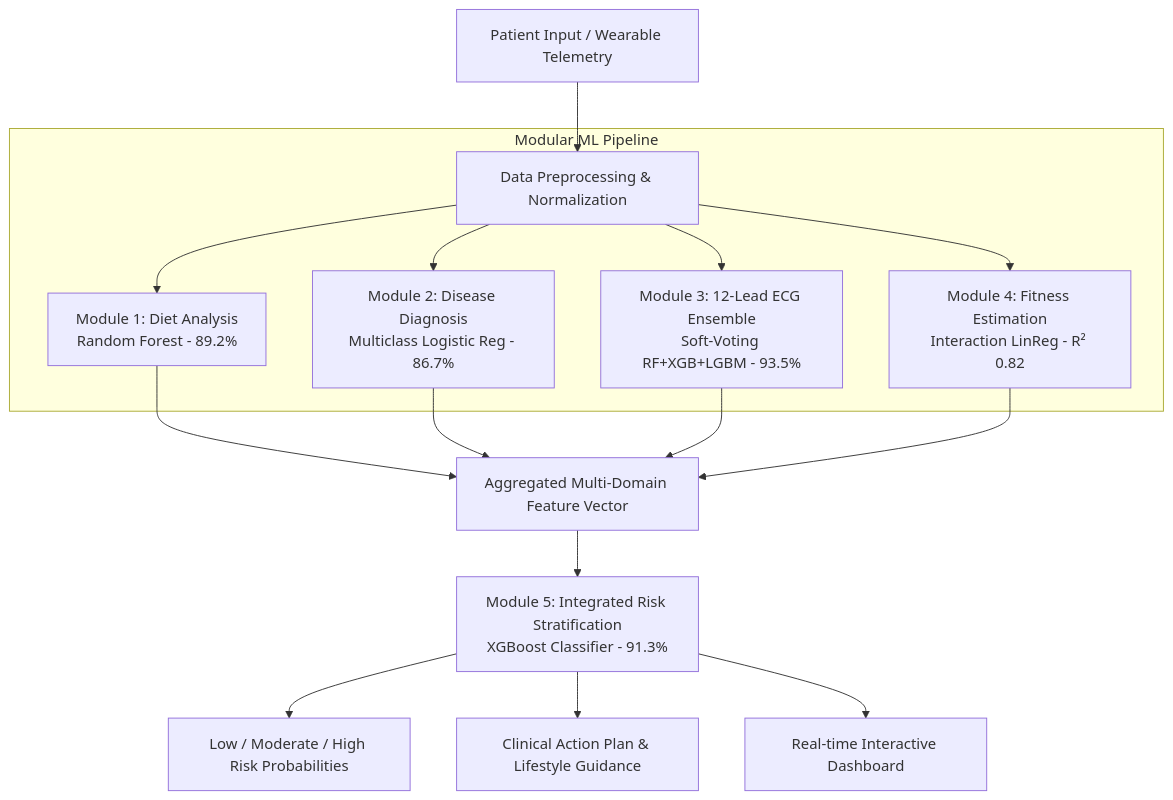
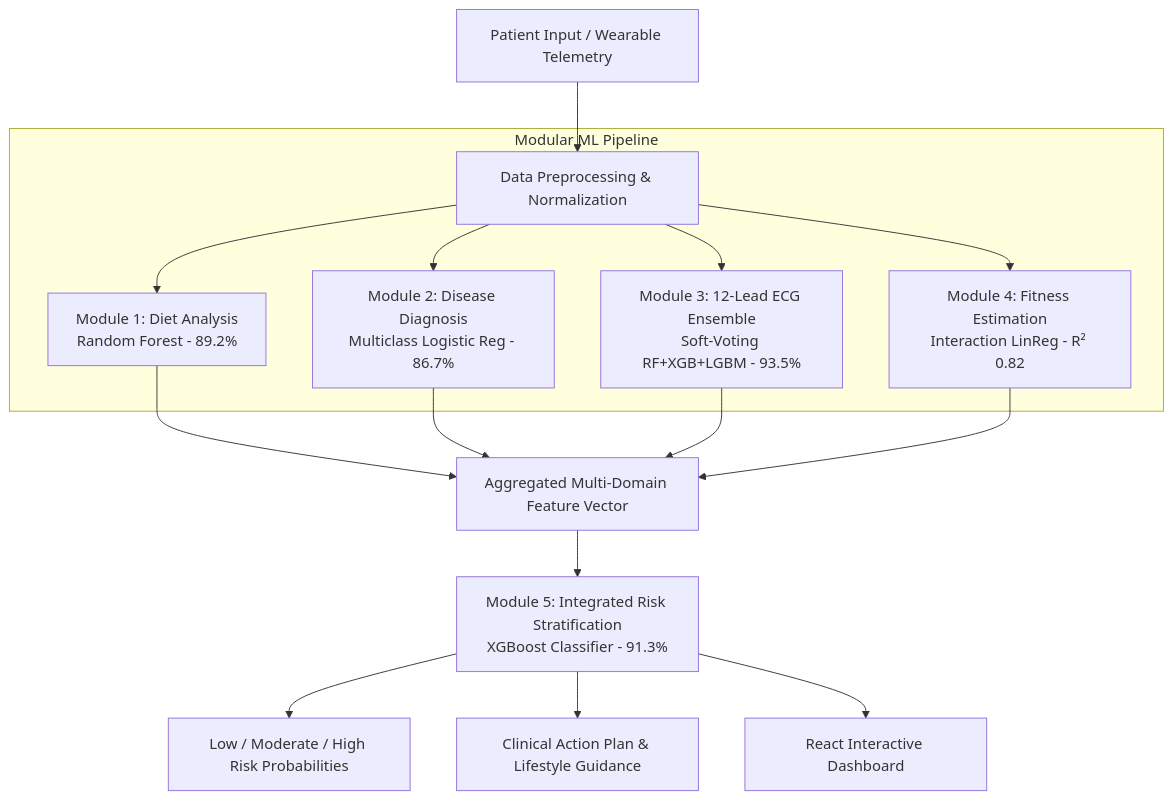
One commit to sbindu414-eng/Health-monitoring-system changed the diagram in README.md. Above: the diagram before and after it, drawn with Mermaid. The commit also changed other lines of this file and 28 other files, not shown here.

````diff
--- a/README.md
+++ b/README.md
@@ -50,22 +50,22 @@
 ```mermaid
 graph TD
     A[Patient Input / Wearable Telemetry] --> B[Data Preprocessing & Normalization]
     
     subgraph Modular ML Pipeline
-        B --> C[Module 1: Diet Analysis<br/>Random Forest - 89.2%]
-        B --> D[Module 2: Disease Diagnosis<br/>Multiclass Logistic Reg - 86.7%]
-        B --> E[Module 3: 12-Lead ECG Ensemble<br/>Soft-Voting RF+XGB+LGBM - 93.5%]
-        B --> F[Module 4: Fitness Estimation<br/>Interaction LinReg - R² 0.82]
+        B --> C["Module 1: Diet Analysis<br/>Random Forest - 89.2%"]
+        B --> D["Module 2: Disease Diagnosis<br/>Multiclass Logistic Reg - 86.7%"]
+        B --> E["Module 3: 12-Lead ECG Ensemble<br/>Soft-Voting RF+XGB+LGBM - 93.5%"]
+        B --> F["Module 4: Fitness Estimation<br/>Interaction LinReg - R² 0.82"]
     end
 
     C --> G[Aggregated Multi-Domain Feature Vector]
     D --> G
     E --> G
     F --> G
 
-    G --> H[Module 5: Integrated Risk Stratification<br/>XGBoost Classifier - 91.3%]
+    G --> H["Module 5: Integrated Risk Stratification<br/>XGBoost Classifier - 91.3%"]
     
     H --> I[Low / Moderate / High Risk Probabilities]
     H --> J[Clinical Action Plan & Lifestyle Guidance]
-    H --> K[Real-time Interactive Dashboard]
+    H --> K[React Interactive Dashboard]
 ```
````
